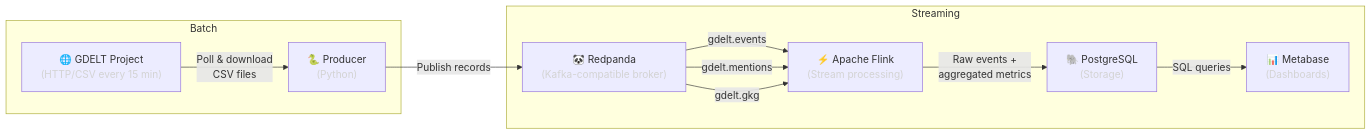
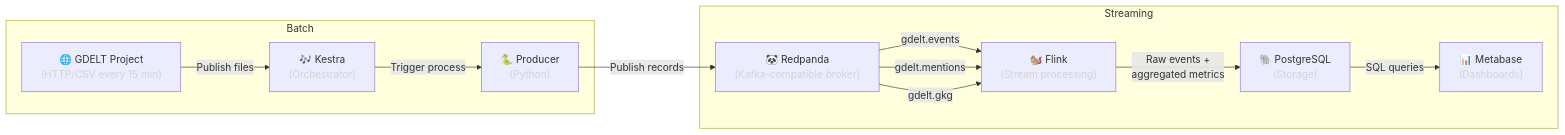
Before and after one commit to elcapo/data-engineering-zoomcamp: the diagram in proyecto-analisis-de-gdelt/README.md, drawn with Mermaid. The commit also changed other lines of this file and 2 other files, not shown here.

````diff
--- a/proyecto-analisis-de-gdelt/README.md
+++ b/proyecto-analisis-de-gdelt/README.md
@@ -29,24 +29,26 @@
 ```mermaid
 graph LR
     subgraph Batch
         GDELT["🌐 GDELT Project<br><span style="color: lightgray">(HTTP/CSV every 15 min)</span>"]
+        Kestra["🎶 Kestra<br><span style="color: lightgray">(Orchestrator)</span>"]
         Producer["🐍 Producer<br><span style="color: lightgray">(Python)</span>"]
     end
 
     subgraph Streaming
         Redpanda["🐼 Redpanda<br><span style="color: lightgray">(Kafka-compatible broker)</span>"]
-        Flink["⚡ Apache Flink<br><span style="color: lightgray">(Stream processing)</span>"]
+        Flink["🐿️ Flink<br><span style="color: lightgray">(Stream processing)</span>"]
         Postgres["🐘 PostgreSQL<br><span style="color: lightgray">(Storage)</span>"]
         Metabase["📊 Metabase<br><span style="color: lightgray">(Dashboards)</span>"]
     end
 
-    GDELT -- "Poll & download<br>CSV files" --> Producer
+    GDELT -- "Publish files" --> Kestra
+    Kestra -- "Trigger process" --> Producer
     Producer -- "Publish records" --> Redpanda
 
     Redpanda -- "gdelt.events" --> Flink
     Redpanda -- "gdelt.mentions" --> Flink
     Redpanda -- "gdelt.gkg" --> Flink
 
     Flink -- "Raw events +<br>aggregated metrics" --> Postgres
     Postgres -- "SQL queries" --> Metabase
 ```
````
